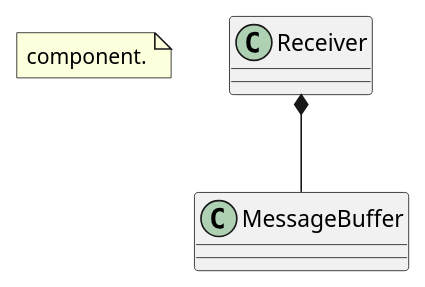
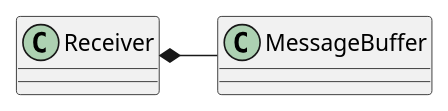
Before and after one commit to tcfh2016/knowledge-map: the diagram in tech/dev/uml/association/composition.puml, drawn with PlantUML. The commit also changed 9 other files, not shown here.

```diff
--- a/tech/dev/uml/association/composition.puml
+++ b/tech/dev/uml/association/composition.puml
@@ -1,8 +1,5 @@
 @startuml
-note as N4
-component.
-end note
 
-Receiver *-- MessageBuffer
+Receiver *- MessageBuffer
 
 @enduml
```
